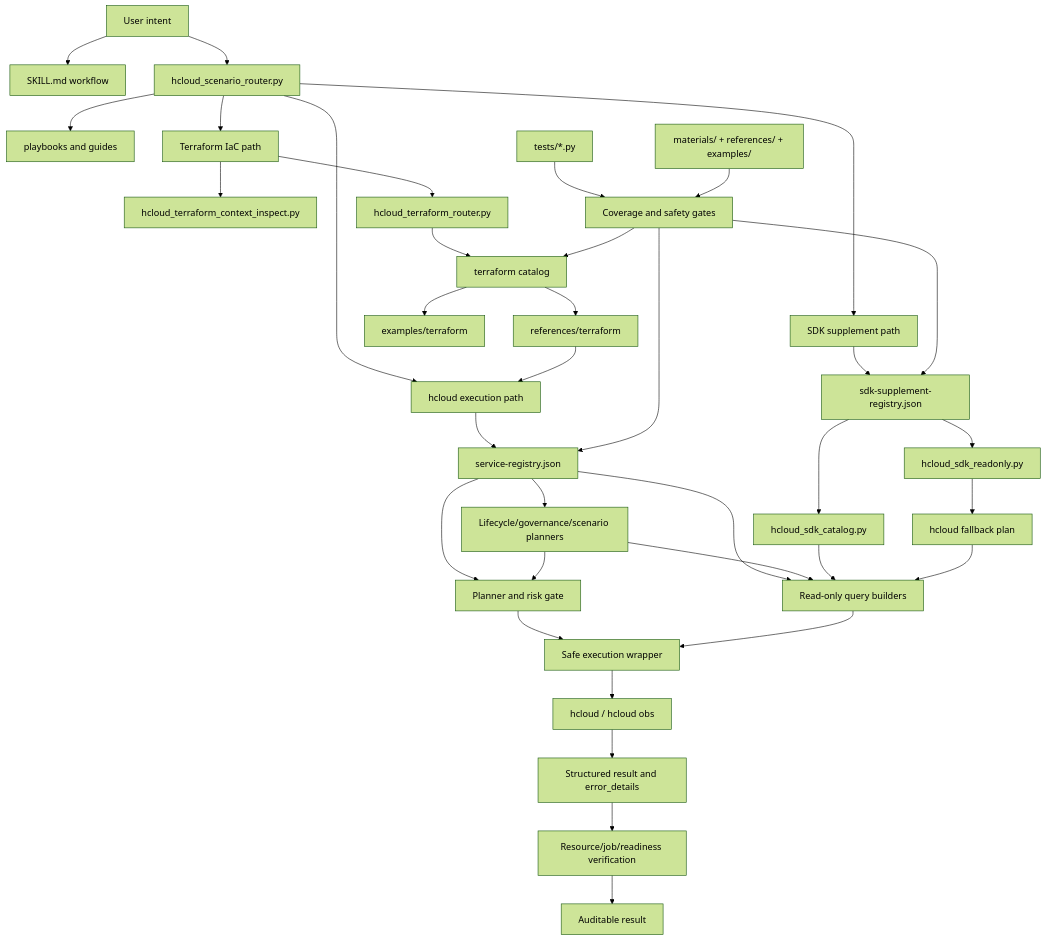
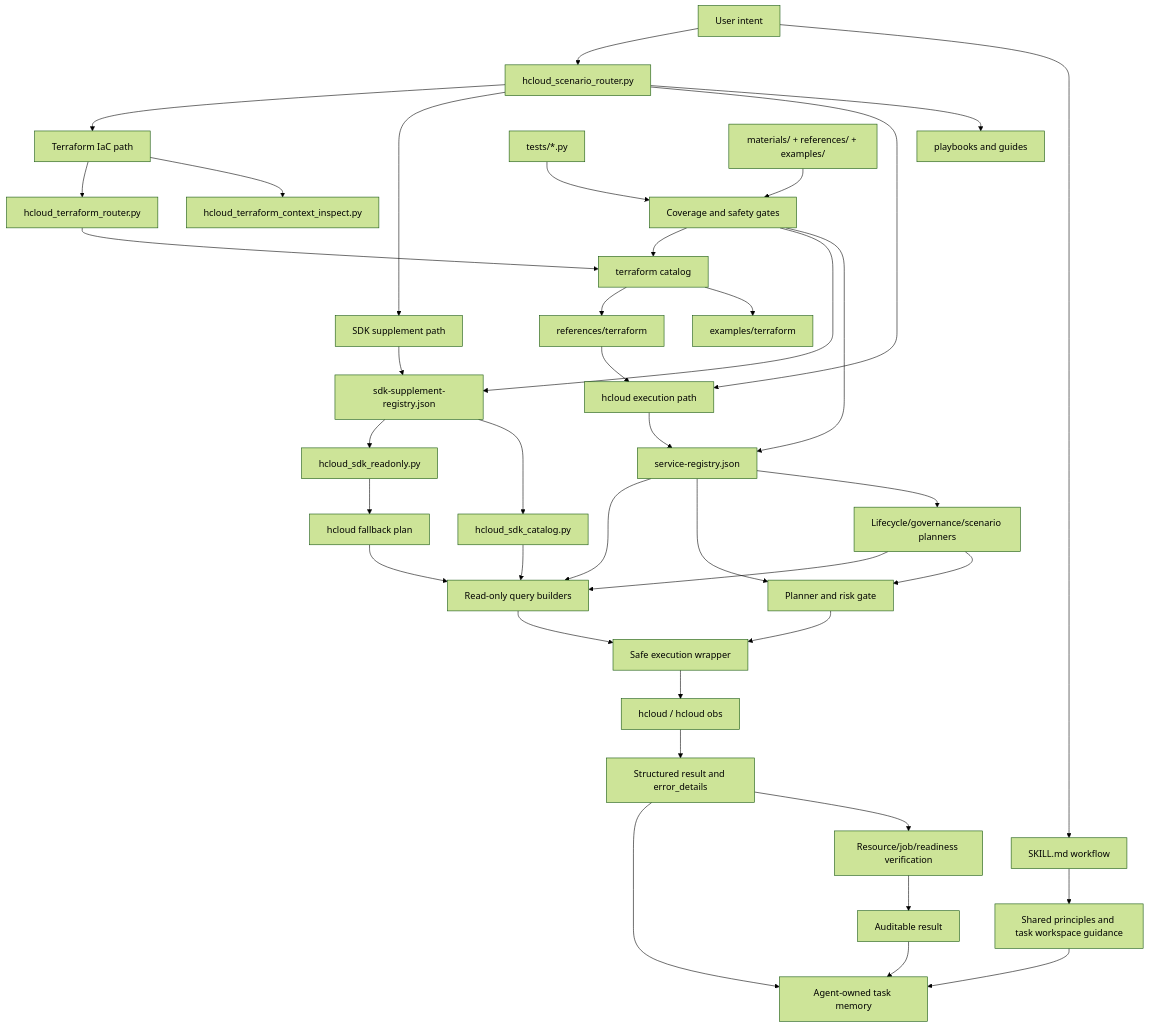
One commit to pipixia-labs/huaweicloud-skill changed the first of 2 diagrams in docs/technical-overview.md. Above: the diagram before and after it, drawn with Mermaid (forest theme). The commit also changed other lines of this file and 10 other files, not shown here.

````diff
--- a/docs/technical-overview.md
+++ b/docs/technical-overview.md
@@ -42,42 +43,46 @@
 ```mermaid
 flowchart TD
     Intent["User intent"] --> Skill["SKILL.md workflow"]
+    Skill --> Shared["Shared principles and task workspace guidance"]
+    Shared --> TaskMemory["Agent-owned task memory"]
     Intent --> Router["hcloud_scenario_router.py"]
     Router --> Guides["playbooks and guides"]
     Router --> HCloudPath["hcloud execution path"]
     Router --> SDKPath["SDK supplement path"]
     Router --> TerraformPath["Terraform IaC path"]
 
     HCloudPath --> Registry["service-registry.json"]
     Registry --> Closure["Lifecycle/governance/scenario planners"]
     Registry --> Plan["Planner and risk gate"]
     Registry --> Query["Read-only query builders"]
     Closure --> Plan
     Closure --> Query
     Plan --> SafeExec["Safe execution wrapper"]
     Query --> SafeExec
     SafeExec --> HCloud["hcloud / hcloud obs"]
     HCloud --> Diagnosis["Structured result and error_details"]
     Diagnosis --> Verify["Resource/job/readiness verification"]
+    Diagnosis --> TaskMemory
     Verify --> Result["Auditable result"]
+    Result --> TaskMemory
 
     SDKPath --> SDKRegistry["sdk-supplement-registry.json"]
     SDKRegistry --> SDKCatalog["hcloud_sdk_catalog.py"]
     SDKRegistry --> SDKRead["hcloud_sdk_readonly.py"]
     SDKCatalog --> Query
     SDKRead --> HCloudFallback["hcloud fallback plan"]
     HCloudFallback --> Query
 
     TerraformPath --> TFInspect["hcloud_terraform_context_inspect.py"]
     TerraformPath --> TFRouter["hcloud_terraform_router.py"]
     TFRouter --> TFCatalog["terraform catalog"]
     TFCatalog --> TFExamples["examples/terraform"]
     TFCatalog --> TFRefs["references/terraform"]
     TFRefs --> HCloudPath
 
     Tests["tests/*.py"] --> Gates["Coverage and safety gates"]
     Materials["materials/ + references/ + examples/"] --> Gates
     Gates --> Registry
     Gates --> SDKRegistry
     Gates --> TFCatalog
 ```
````
